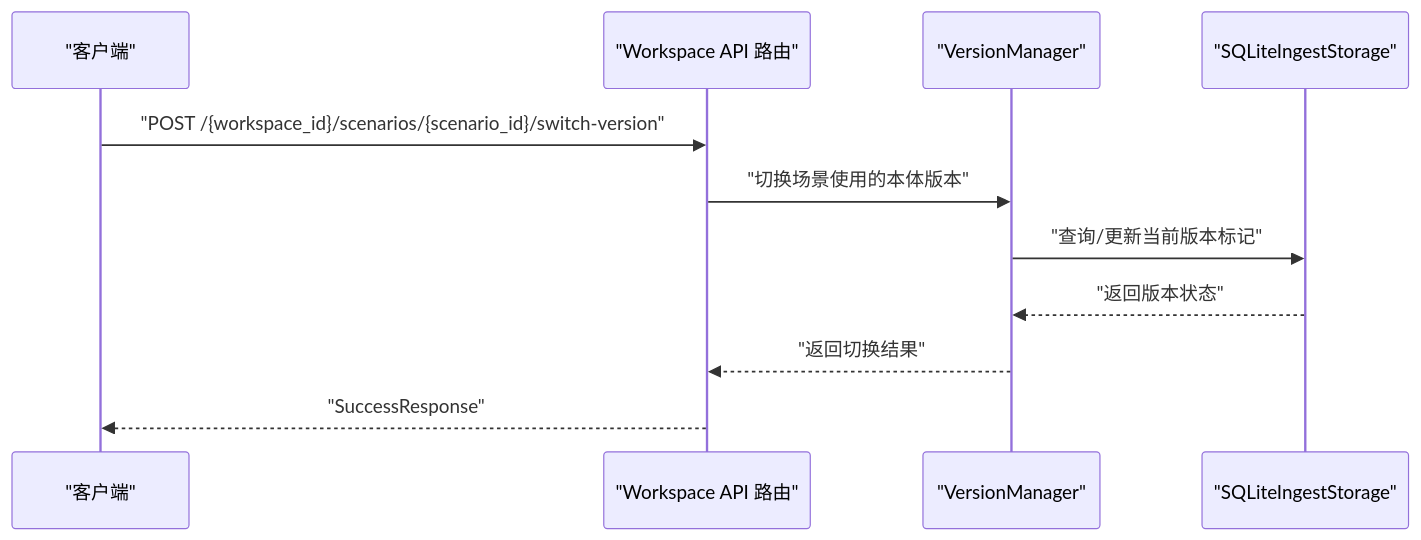
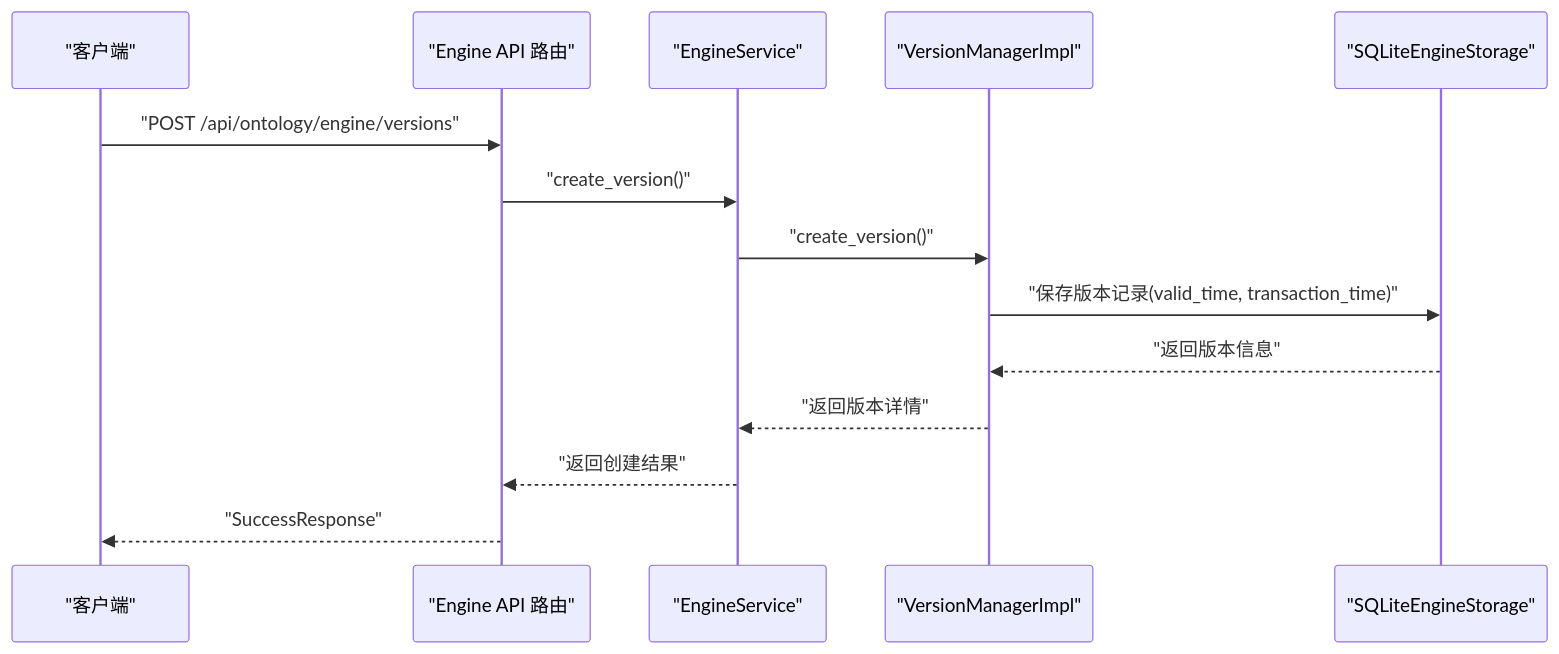
One commit to inier/ontology-graphiti changed the fourth of 9 diagrams in .qoder/repowiki/zh/content/项目概述/核心特性/OMS元模型框架/本体文档管理.md. Above: the diagram before and after it, drawn with Mermaid. The commit also changed other lines of this file and 56 other files, not shown here.

````diff
--- a/.qoder/repowiki/zh/content/项目概述/核心特性/OMS元模型框架/本体文档管理.md
+++ b/.qoder/repowiki/zh/content/项目概述/核心特性/OMS元模型框架/本体文档管理.md
@@ -300,13 +363,16 @@
 ```mermaid
 sequenceDiagram
 participant Client as "客户端"
-participant API as "Workspace API 路由"
-participant VM as "VersionManager"
-participant Store as "SQLiteIngestStorage"
-Client->>API : "POST /{workspace_id}/scenarios/{scenario_id}/switch-version"
-API->>VM : "切换场景使用的本体版本"
-VM->>Store : "查询/更新当前版本标记"
-Store-->>VM : "返回版本状态"
-VM-->>API : "返回切换结果"
+participant API as "Engine API 路由"
+participant ES as "EngineService"
+participant VM as "VersionManagerImpl"
+participant Store as "SQLiteEngineStorage"
+Client->>API : "POST /api/ontology/engine/versions"
+API->>ES : "create_version()"
+ES->>VM : "create_version()"
+VM->>Store : "保存版本记录(valid_time, transaction_time)"
+Store-->>VM : "返回版本信息"
+VM-->>ES : "返回版本详情"
+ES-->>API : "返回创建结果"
 API-->>Client : "SuccessResponse"
 ```
````
